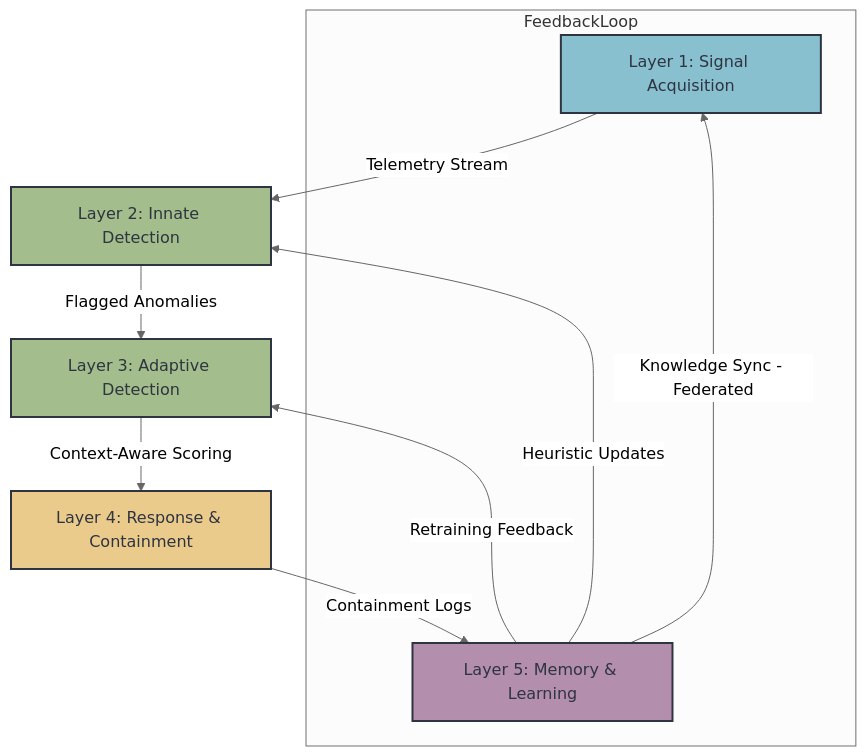
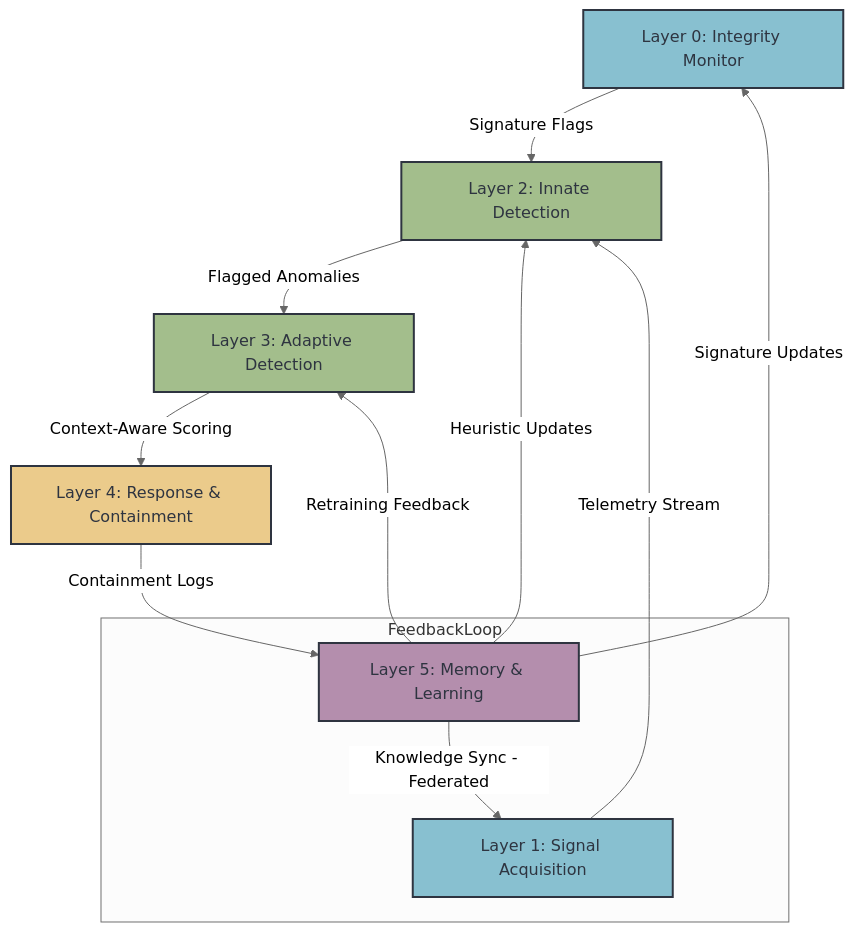
One commit to itzmunene/Octopie changed the diagram in docs/diagrams/system_feedback_flow.mmd. Above: the diagram before and after it, drawn with Mermaid. The commit also changed 4 other files, not shown here.

Commit message:
Updated system architecture, mermaid and images

```diff
--- a/docs/diagrams/system_feedback_flow.mmd
+++ b/docs/diagrams/system_feedback_flow.mmd
@@ -1,23 +1,26 @@
 %%{init: {'theme': 'neutral'}}%%
 graph TD
-    A1[Layer 1: Signal Acquisition] -->|Telemetry Stream| B2[Layer 2: Innate Detection]
+    A0[Layer 0: Integrity Monitor] -->|Signature Flags| B2[Layer 2: Innate Detection]
+    A1[Layer 1: Signal Acquisition] -->|Telemetry Stream| B2
     B2 -->|Flagged Anomalies| C3[Layer 3: Adaptive Detection]
     C3 -->|Context-Aware Scoring| D4[Layer 4: Response & Containment]
     D4 -->|Containment Logs| E5[Layer 5: Memory & Learning]
+    
+    %% Feedback Loops
+    E5 -->|Signature Updates| A0
+    E5 -->|Heuristic Updates| B2
     E5 -->|Retraining Feedback| C3
-    E5 -->|Heuristic Updates| B2
 
     subgraph FeedbackLoop
         E5 -->|Knowledge Sync - Federated| A1
     end
 
     classDef data fill:#88c0d0,stroke:#2e3440,stroke-width:2px,color:#2e3440;
     classDef analysis fill:#a3be8c,stroke:#2e3440,stroke-width:2px,color:#2e3440;
     classDef response fill:#ebcb8b,stroke:#2e3440,stroke-width:2px,color:#2e3440;
     classDef learning fill:#b48ead,stroke:#2e3440,stroke-width:2px,color:#2e3440;
 
-    class A1 data;
-    class B2 analysis;
-    class C3 analysis;
+    class A0,A1 data;
+    class B2,C3 analysis;
     class D4 response;
     class E5 learning;
```
